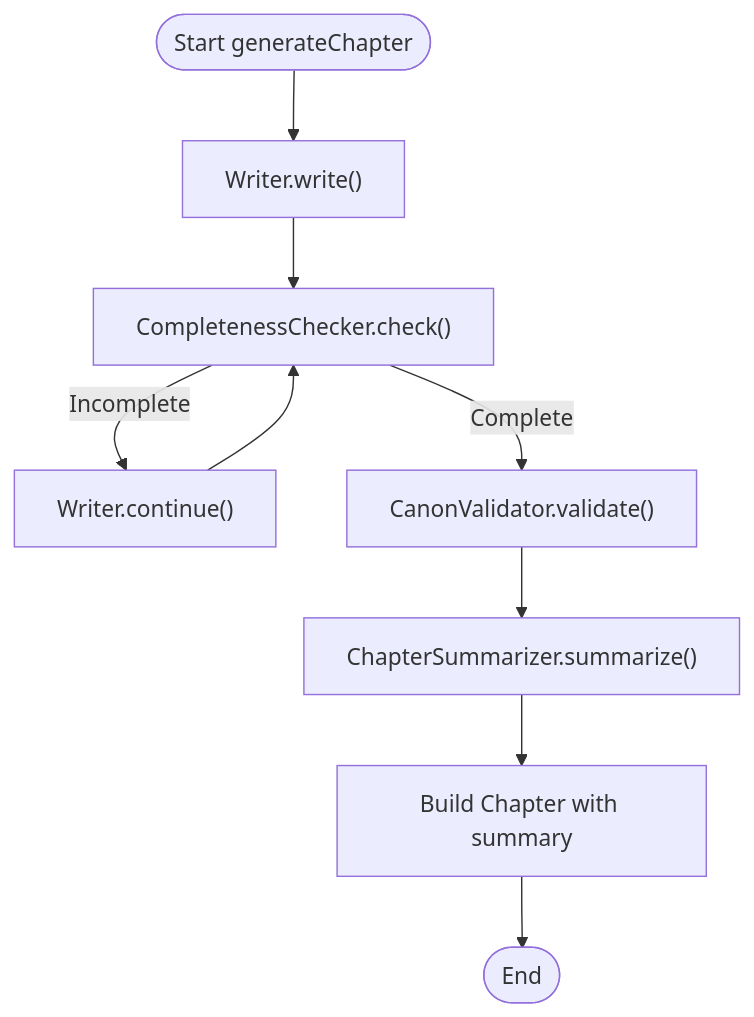
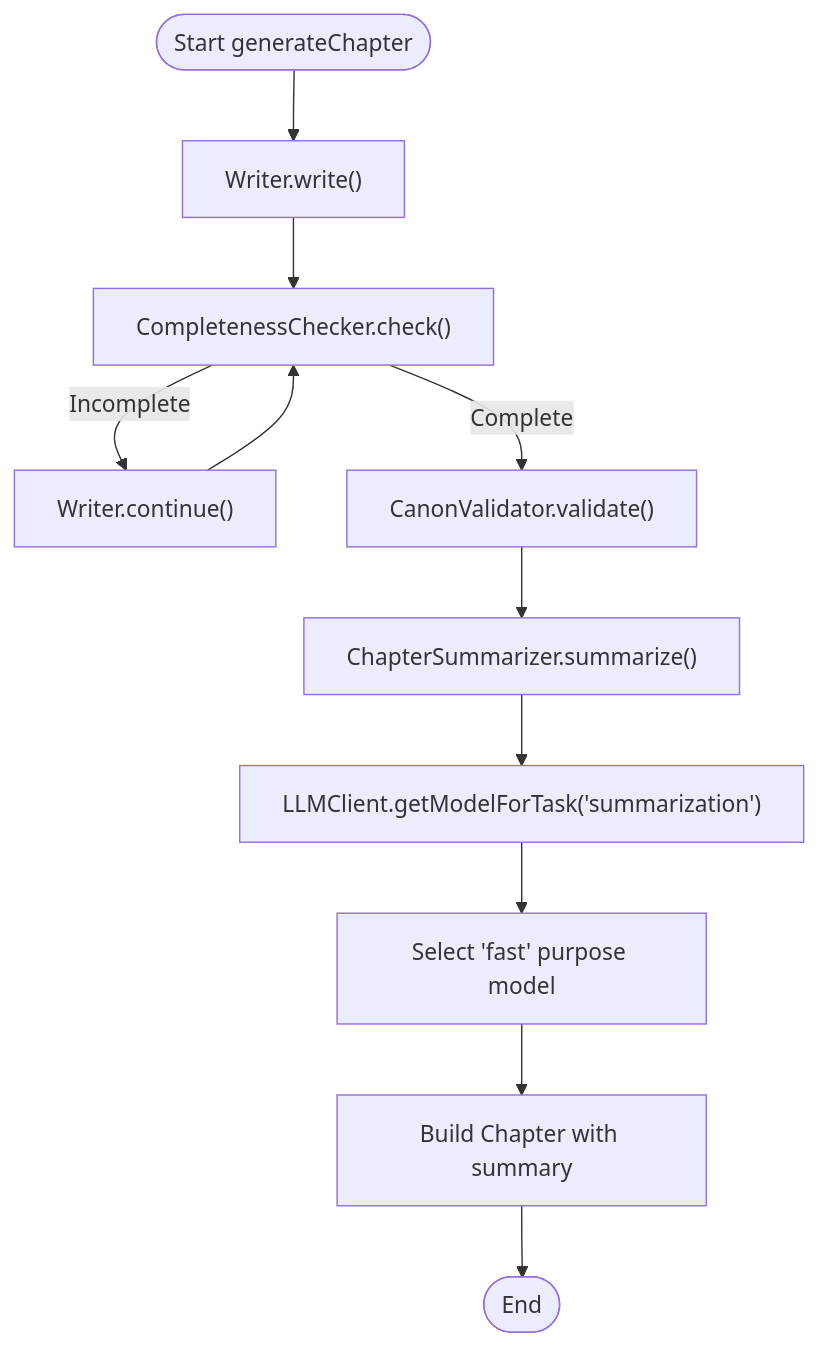
The fourth of 6 diagrams in .qoder/repowiki/en/content/AI Agent System/Summarizer Agent.md (liwonder/NARRITIVE_OS), drawn with Mermaid before and after one commit. The commit also changed other lines of this file and 12 other files, not shown here.

````diff
--- a/.qoder/repowiki/en/content/AI Agent System/Summarizer Agent.md
+++ b/.qoder/repowiki/en/content/AI Agent System/Summarizer Agent.md
@@ -255,11 +283,13 @@
 ```mermaid
 flowchart TD
 Start(["Start generateChapter"]) --> Write["Writer.write()"]
 Write --> CheckComplete["CompletenessChecker.check()"]
 CheckComplete --> |Incomplete| Continue["Writer.continue()"]
 Continue --> CheckComplete
 CheckComplete --> |Complete| Validate["CanonValidator.validate()"]
 Validate --> Summarize["ChapterSummarizer.summarize()"]
-Summarize --> Build["Build Chapter with summary"]
+Summarize --> TaskRoute["LLMClient.getModelForTask('summarization')"]
+TaskRoute --> FastModel["Select 'fast' purpose model"]
+FastModel --> Build["Build Chapter with summary"]
 Build --> End(["End"])
 ```
````
